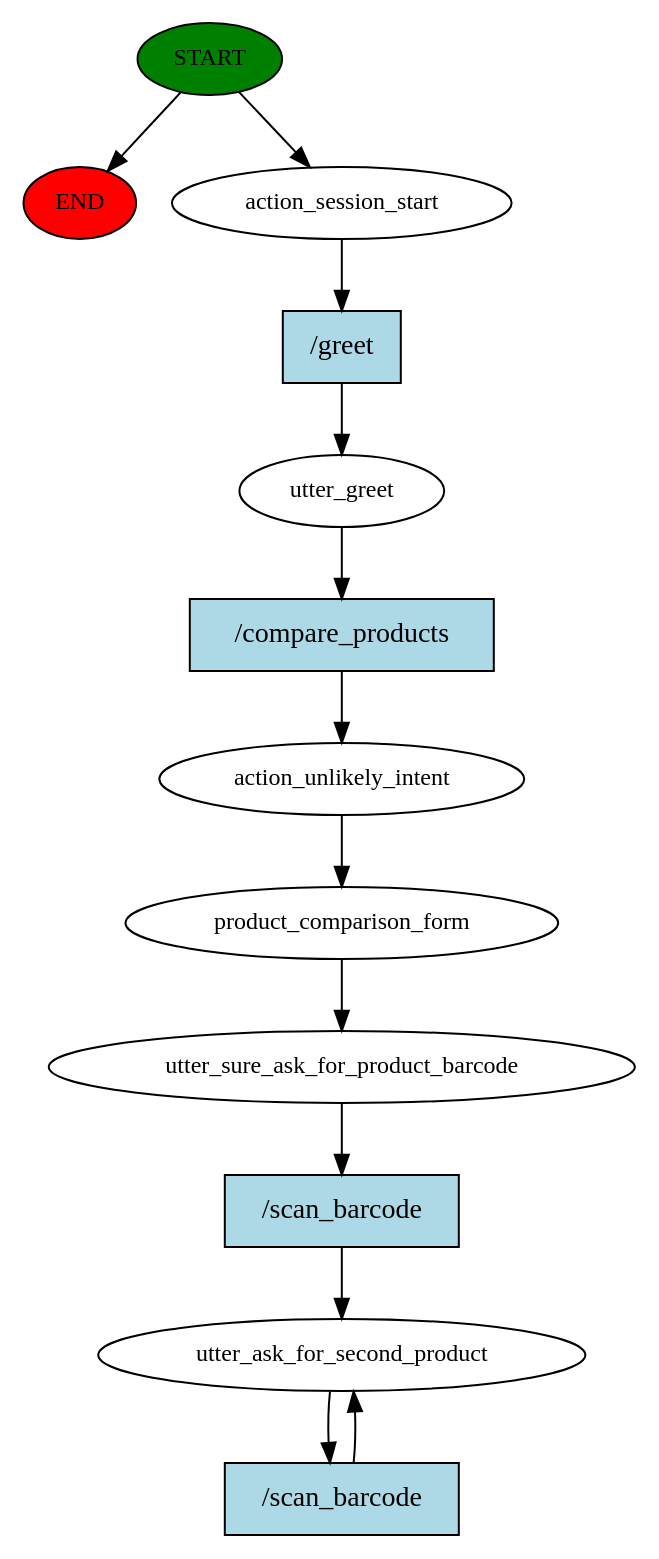
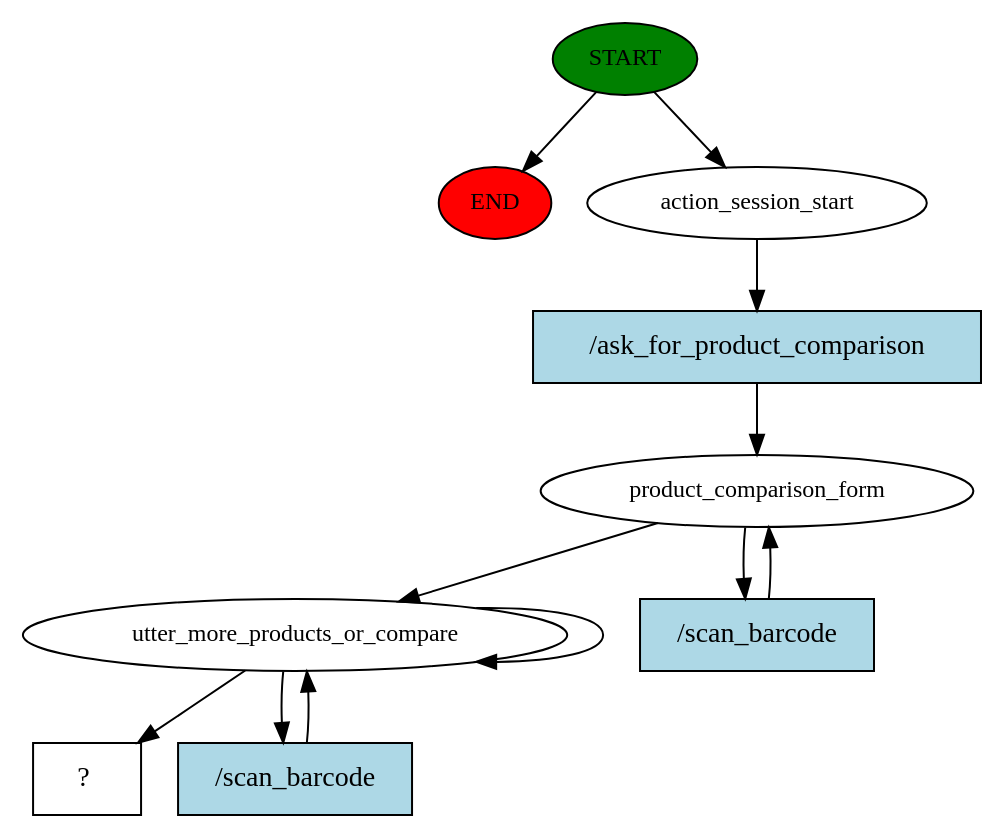
One commit to ronskoro/KISuscheck changed the diagram in Rasa/story_graph.dot. Above: the diagram before and after it, drawn with Graphviz. The commit also changed 23 other files, not shown here.

```diff
--- a/Rasa/story_graph.dot
+++ b/Rasa/story_graph.dot
@@ -1,26 +1,22 @@
 digraph  {
 0 [class="start active", fillcolor=green, fontsize=12, label=START, style=filled];
 "-1" [class=end, fillcolor=red, fontsize=12, label=END, style=filled];
 1 [class=active, fontsize=12, label=action_session_start];
-2 [class=active, fontsize=12, label=utter_greet];
-3 [class=active, fontsize=12, label=action_unlikely_intent];
-4 [class=active, fontsize=12, label=product_comparison_form];
-5 [class=active, fontsize=12, label=utter_sure_ask_for_product_barcode];
-6 [class="active dashed", fontsize=12, label=utter_ask_for_second_product];
-8 [class="intent active", fillcolor=lightblue, label="/greet", shape=rect, style=filled];
-9 [class="intent active", fillcolor=lightblue, label="/compare_products", shape=rect, style=filled];
-10 [class="intent active", fillcolor=lightblue, label="/scan_barcode", shape=rect, style=filled];
+2 [class=active, fontsize=12, label=product_comparison_form];
+5 [class=active, fontsize=12, label=utter_more_products_or_compare];
+9 [class="intent dashed active", label="  ?  ", shape=rect];
+10 [class="intent active", fillcolor=lightblue, label="/ask_for_product_comparison", shape=rect, style=filled];
 11 [class="intent active", fillcolor=lightblue, label="/scan_barcode", shape=rect, style=filled];
+12 [class="intent active", fillcolor=lightblue, label="/scan_barcode", shape=rect, style=filled];
 0 -> "-1"  [class="", key=NONE, label=""];
 0 -> 1  [class=active, key=NONE, label=""];
-1 -> 8  [class=active, key=0];
-2 -> 9  [class=active, key=0];
-3 -> 4  [class=active, key=NONE, label=""];
-4 -> 5  [class=active, key=NONE, label=""];
-5 -> 10  [class=active, key=0];
-6 -> 11  [class=active, key=0];
-8 -> 2  [class=active, key=0];
-9 -> 3  [class=active, key=0];
-10 -> 6  [class=active, key=0];
-11 -> 6  [class=active, key=0];
+1 -> 10  [class=active, key=0];
+2 -> 5  [class=active, key=NONE, label=""];
+2 -> 11  [class=active, key=0];
+5 -> 5  [class=active, key=NONE, label=""];
+5 -> 9  [class=active, key=NONE, label=""];
+5 -> 12  [class=active, key=0];
+10 -> 2  [class=active, key=0];
+11 -> 2  [class=active, key=0];
+12 -> 5  [class=active, key=0];
 }
```
